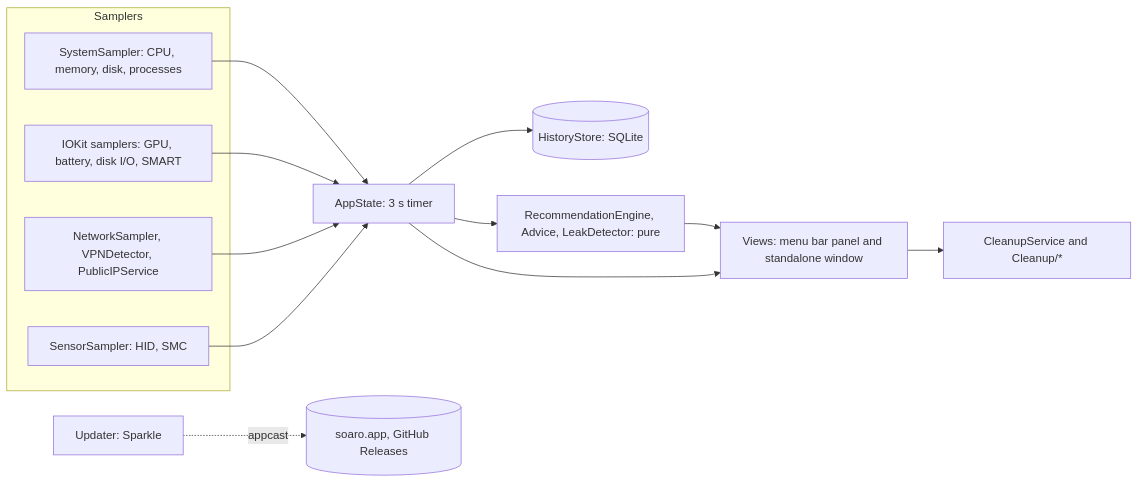
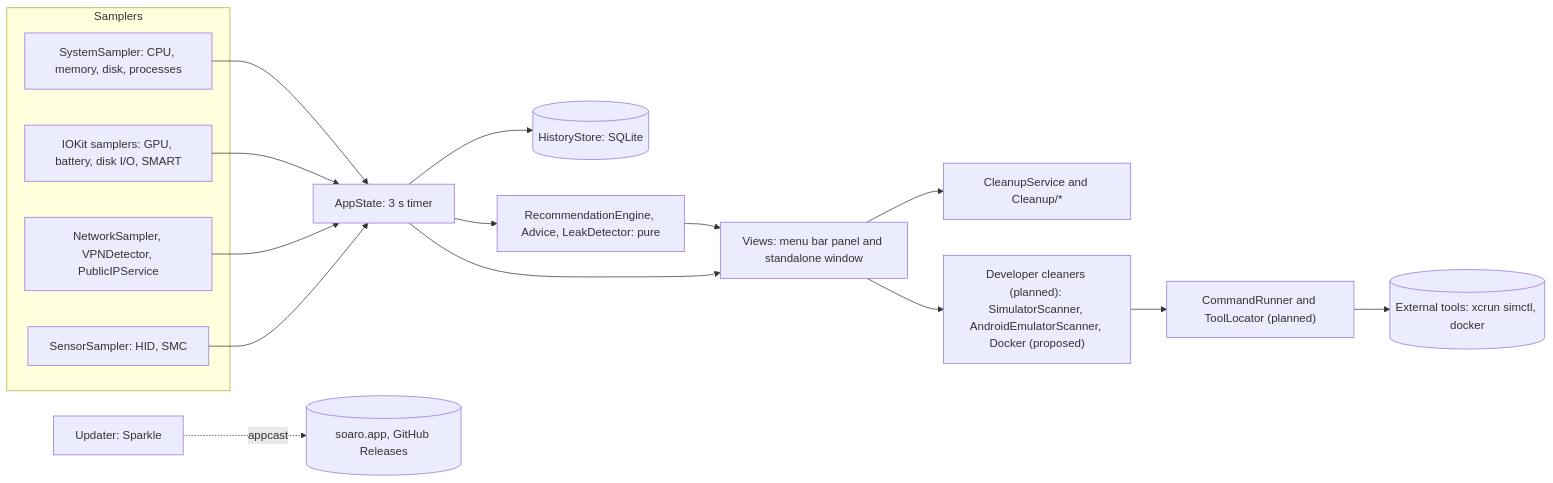
The diagram in ARCHITECTURE.md (sebmafate/soaro), drawn with Mermaid before and after one commit. The commit also changed other lines of this file and 9 other files, not shown here.

````diff
--- a/ARCHITECTURE.md
+++ b/ARCHITECTURE.md
@@ -31,25 +33,31 @@
 ```mermaid
 flowchart LR
   subgraph Samplers
     SS[SystemSampler: CPU, memory, disk, processes]
     IO[IOKit samplers: GPU, battery, disk I/O, SMART]
     NS[NetworkSampler, VPNDetector, PublicIPService]
     SE[SensorSampler: HID, SMC]
   end
   AS[AppState: 3 s timer]
   HS[(HistoryStore: SQLite)]
   RE[RecommendationEngine, Advice, LeakDetector: pure]
   UI[Views: menu bar panel and standalone window]
   CL[CleanupService and Cleanup/*]
+  DC["Developer cleaners (planned): SimulatorScanner, AndroidEmulatorScanner, Docker (proposed)"]
+  CR["CommandRunner and ToolLocator (planned)"]
+  EXT[("External tools: xcrun simctl, docker")]
   UP[Updater: Sparkle]
   SS --> AS
   IO --> AS
   NS --> AS
   SE --> AS
   AS --> HS
   AS --> RE
   RE --> UI
   AS --> UI
   UI --> CL
+  UI --> DC
+  DC --> CR
+  CR --> EXT
   UP -. appcast .-> W[(soaro.app, GitHub Releases)]
 ```
````
